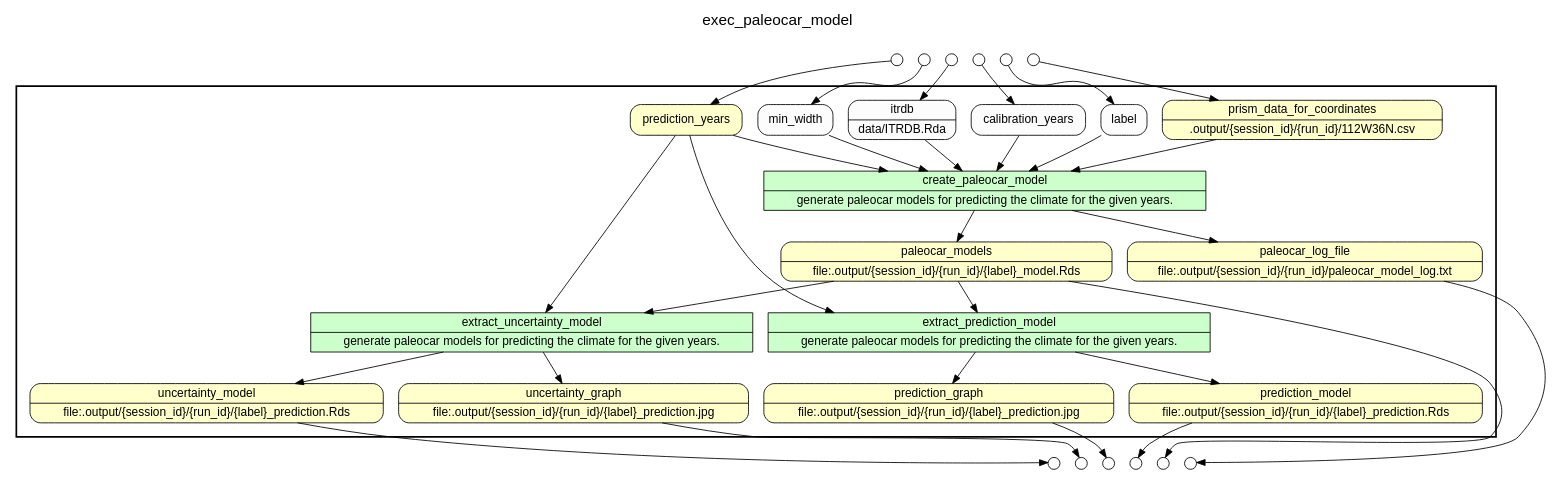
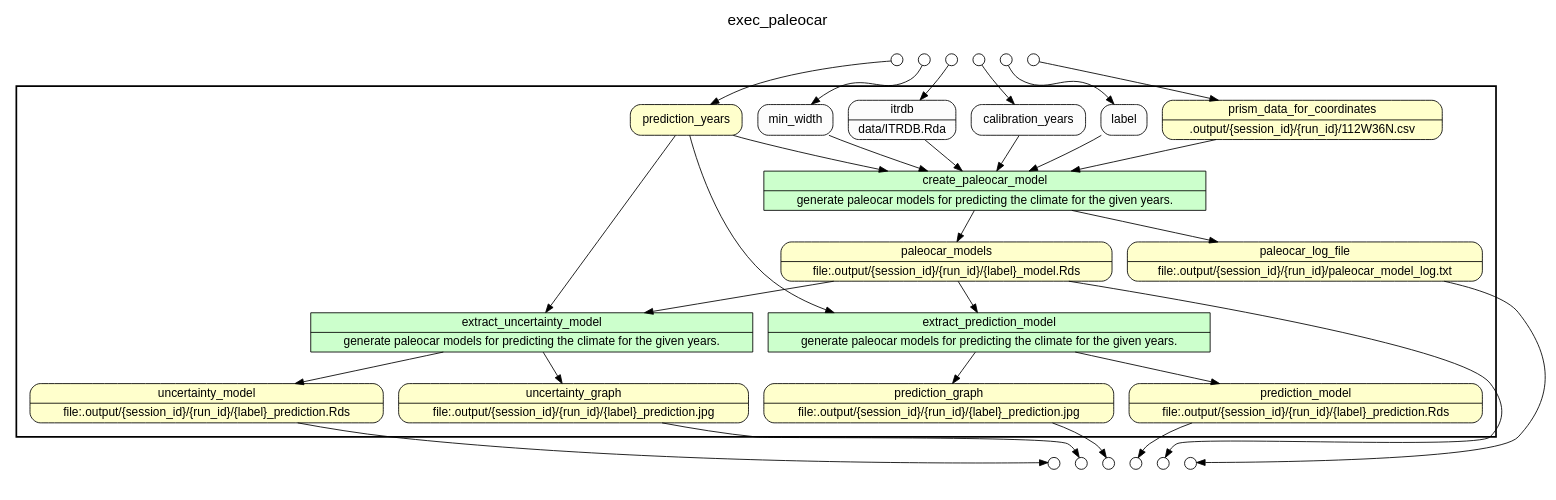
Before and after one commit to idaks/wt-prov-Summer-2017: the diagram in yw/gv_files/wrapper_paleocar.gv, drawn with Graphviz. The commit also changed 73 other files, not shown here.

```diff
--- a/yw/gv_files/wrapper_paleocar.gv
+++ b/yw/gv_files/wrapper_paleocar.gv
@@ -1,118 +1,118 @@
 
 /* Start of top-level graph */
 digraph Workflow {
 rankdir=TB
 
 /* Title for graph */
 fontname=Helvetica; fontsize=18; labelloc=t
-label=exec_paleocar_model
+label=exec_paleocar
 
 /* Start of double cluster for drawing box around nodes in workflow */
 subgraph cluster_workflow_box_outer { label=""; color=black; penwidth=2
 subgraph cluster_workflow_box_inner { label=""; penwidth=0
 
 /* Style for nodes representing atomic programs in workflow */
 node[shape=box style=filled fillcolor="#CCFFCC" peripheries=1 fontname=Helvetica]
 
 /* Nodes representing atomic programs in workflow */
 create_paleocar_model [shape=record rankdir=LR label="{<f0> create_paleocar_model |<f1> generate paleocar models for predicting the climate for the given years.}"];
 extract_prediction_model [shape=record rankdir=LR label="{<f0> extract_prediction_model |<f1> generate paleocar models for predicting the climate for the given years.}"];
 extract_uncertainty_model [shape=record rankdir=LR label="{<f0> extract_uncertainty_model |<f1> generate paleocar models for predicting the climate for the given years.}"];
 
 /* Style for nodes representing non-parameter data channels in workflow */
 node[shape=box style="rounded,filled" fillcolor="#FFFFCC" peripheries=1 fontname=Helvetica]
 
 /* Nodes for non-parameter data channels in workflow */
 prediction_years
 prism_data_for_coordinates [shape=record rankdir=LR label="{<f0> prism_data_for_coordinates |<f1> .output/\{session_id\}/\{run_id\}/112W36N.csv}"];
 paleocar_models [shape=record rankdir=LR label="{<f0> paleocar_models |<f1> file\:.output/\{session_id\}/\{run_id\}/\{label\}_model.Rds}"];
 prediction_graph [shape=record rankdir=LR label="{<f0> prediction_graph |<f1> file\:.output/\{session_id\}/\{run_id\}/\{label\}_prediction.jpg}"];
 prediction_model [shape=record rankdir=LR label="{<f0> prediction_model |<f1> file\:.output/\{session_id\}/\{run_id\}/\{label\}_prediction.Rds}"];
 paleocar_log_file [shape=record rankdir=LR label="{<f0> paleocar_log_file |<f1> file\:.output/\{session_id\}/\{run_id\}/paleocar_model_log.txt}"];
 uncertainty_model [shape=record rankdir=LR label="{<f0> uncertainty_model |<f1> file\:.output/\{session_id\}/\{run_id\}/\{label\}_prediction.Rds}"];
 uncertainty_graph [shape=record rankdir=LR label="{<f0> uncertainty_graph |<f1> file\:.output/\{session_id\}/\{run_id\}/\{label\}_prediction.jpg}"];
 
 /* Style for nodes representing parameter channels in workflow */
 node[shape=box style="rounded,filled" fillcolor="#FCFCFC" peripheries=1 fontname=Helvetica]
 
 /* Nodes representing parameter channels in workflow */
 label
 calibration_years
 itrdb [shape=record rankdir=LR label="{<f0> itrdb |<f1> data/ITRDB.Rda}"];
 min_width
 
 /* Edges representing connections between programs and channels */
 create_paleocar_model -> paleocar_models
 create_paleocar_model -> paleocar_log_file
 label -> create_paleocar_model
 calibration_years -> create_paleocar_model
 itrdb -> create_paleocar_model
 min_width -> create_paleocar_model
 prediction_years -> create_paleocar_model
 prism_data_for_coordinates -> create_paleocar_model
 extract_prediction_model -> prediction_graph
 extract_prediction_model -> prediction_model
 prediction_years -> extract_prediction_model
 paleocar_models -> extract_prediction_model
 extract_uncertainty_model -> uncertainty_graph
 extract_uncertainty_model -> uncertainty_model
 prediction_years -> extract_uncertainty_model
 paleocar_models -> extract_uncertainty_model
 
 /* End of double cluster for drawing box around nodes in workflow */
 }}
 
 /* Hidden double-cluster for grouping workflow input ports */
 subgraph cluster_input_ports_group_outer { label=""; penwidth=0
 subgraph cluster_input_ports_group_inner { label=""; penwidth=0
 
 /* Style for nodes representing workflow input ports */
 node[shape=circle style="rounded,filled" fillcolor="#FFFFFF" peripheries=1 fontname=Helvetica width=0.2]
 
 /* Nodes representing workflow input ports */
 prediction_years_input_port [label=""]
 prism_data_for_coordinates_input_port [label=""]
 itrdb_input_port [label=""]
 calibration_years_input_port [label=""]
 label_input_port [label=""]
 min_width_input_port [label=""]
 
 /* End of double-cluster for grouping workflow input ports */
 }}
 
 /* Hidden double-cluster for grouping workflow output ports */
 subgraph cluster_output_ports_group_outer { label=""; penwidth=0
 subgraph cluster_output_ports_group_inner { label=""; penwidth=0
 
 /* Style for nodes representing workflow output ports */
 node[shape=circle style="rounded,filled" fillcolor="#FFFFFF" peripheries=1 fontname=Helvetica width=0.2]
 
 /* Nodes representing workflow output ports */
 prediction_graph_output_port [label=""]
 prediction_model_output_port [label=""]
 paleocar_log_file_output_port [label=""]
 uncertainty_model_output_port [label=""]
 uncertainty_graph_output_port [label=""]
 paleocar_models_output_port [label=""]
 
 /* End of double-cluster for grouping workflow output ports */
 }}
 
 /* Edges from input ports to channels */
 prediction_years_input_port -> prediction_years
 prism_data_for_coordinates_input_port -> prism_data_for_coordinates
 itrdb_input_port -> itrdb
 calibration_years_input_port -> calibration_years
 label_input_port -> label
 min_width_input_port -> min_width
 
 /* Edges from channels to output ports */
 prediction_graph -> prediction_graph_output_port
 prediction_model -> prediction_model_output_port
 paleocar_log_file -> paleocar_log_file_output_port
 uncertainty_model -> uncertainty_model_output_port
 uncertainty_graph -> uncertainty_graph_output_port
 paleocar_models -> paleocar_models_output_port
 
 /* End of top-level graph */
 }
```
